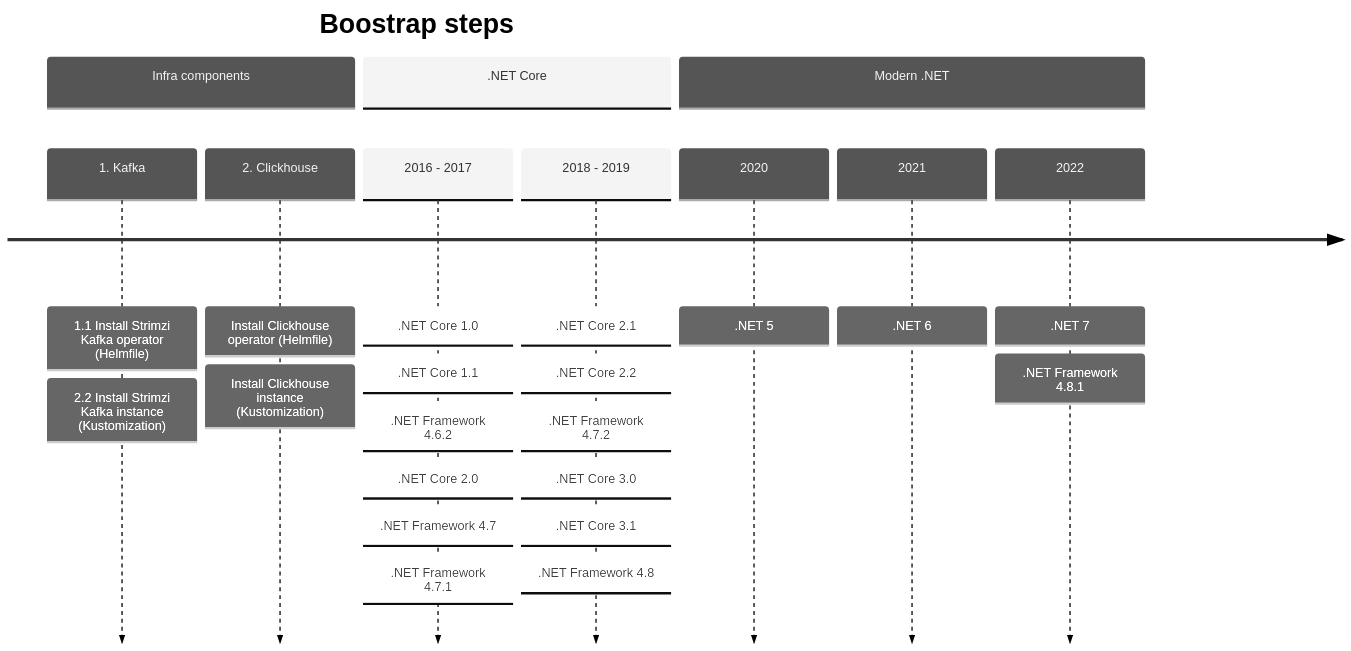
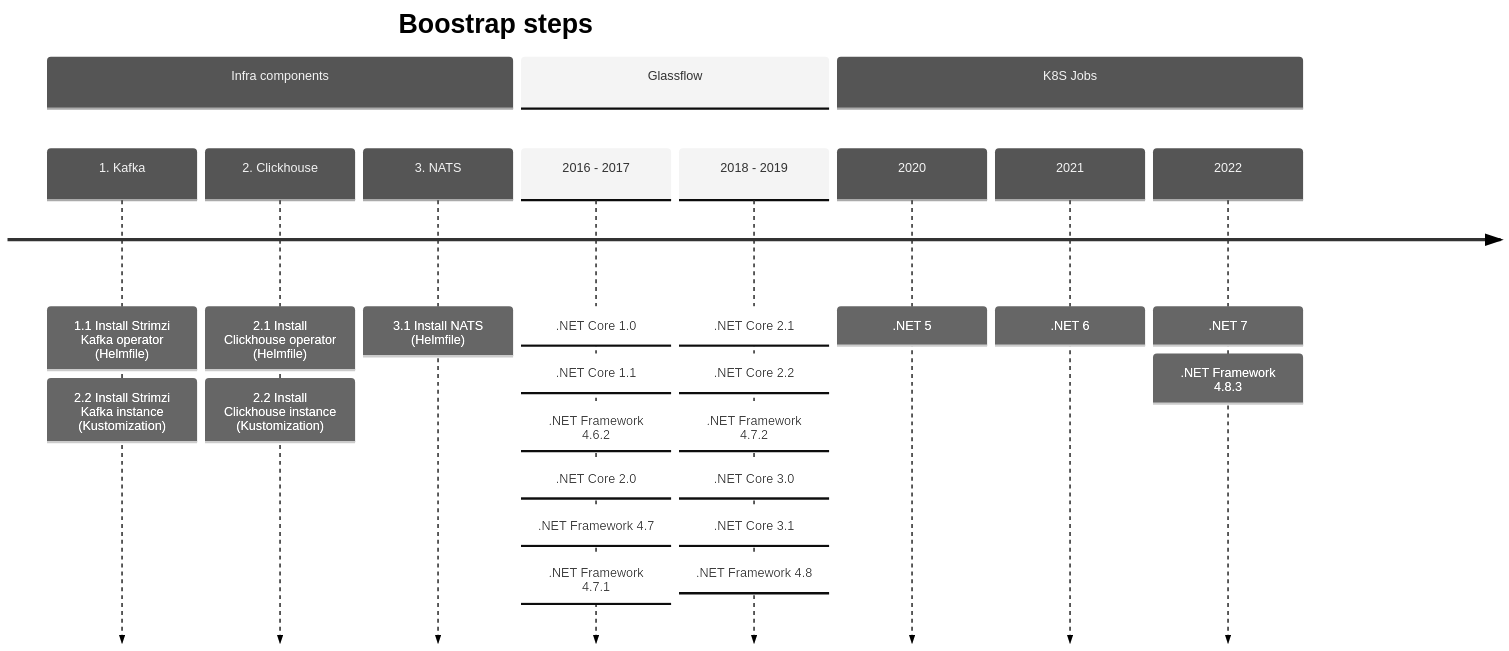
The diagram in README.md (Real-World-ML/glassflow-demo), drawn with Mermaid (neutral theme) before and after one commit. The commit also changed 2 other files, not shown here.

Commit message:
README updates

````diff
--- a/README.md
+++ b/README.md
@@ -5,32 +5,33 @@
 ```mermaid
-
 timeline
     title Boostrap steps
     section Infra components
         1. Kafka
              : 1.1 Install Strimzi Kafka operator (Helmfile)
              : 2.2 Install Strimzi Kafka instance (Kustomization)
         2. Clickhouse
-             : Install Clickhouse operator (Helmfile)
-             : Install Clickhouse instance (Kustomization)
-    section .NET Core
+             : 2.1 Install Clickhouse operator (Helmfile)
+             : 2.2 Install Clickhouse instance (Kustomization)
+        3. NATS
+             : 3.1 Install NATS (Helmfile)
+section Glassflow
         2016 - 2017 
              : .NET Core 1.0
              : .NET Core 1.1
              : .NET Framework 4.6.2
              : .NET Core 2.0
              : .NET Framework 4.7
              : .NET Framework 4.7.1
         2018 - 2019 
              : .NET Core 2.1
              : .NET Core 2.2
              : .NET Framework 4.7.2             
              : .NET Core 3.0
              : .NET Core 3.1
              : .NET Framework 4.8
-    section Modern .NET
+    section K8S Jobs
         2020 : .NET 5
         2021 : .NET 6
         2022 : .NET 7
-             : .NET Framework 4.8.1
+             : .NET Framework 4.8.3
 ```
````
